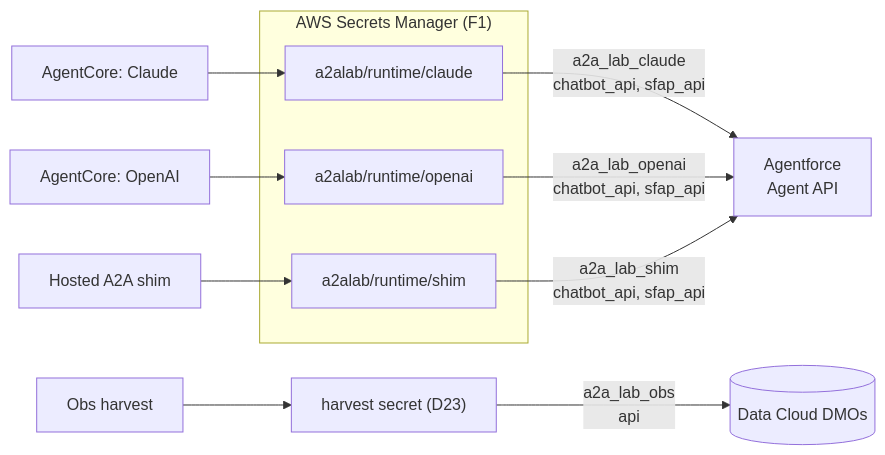
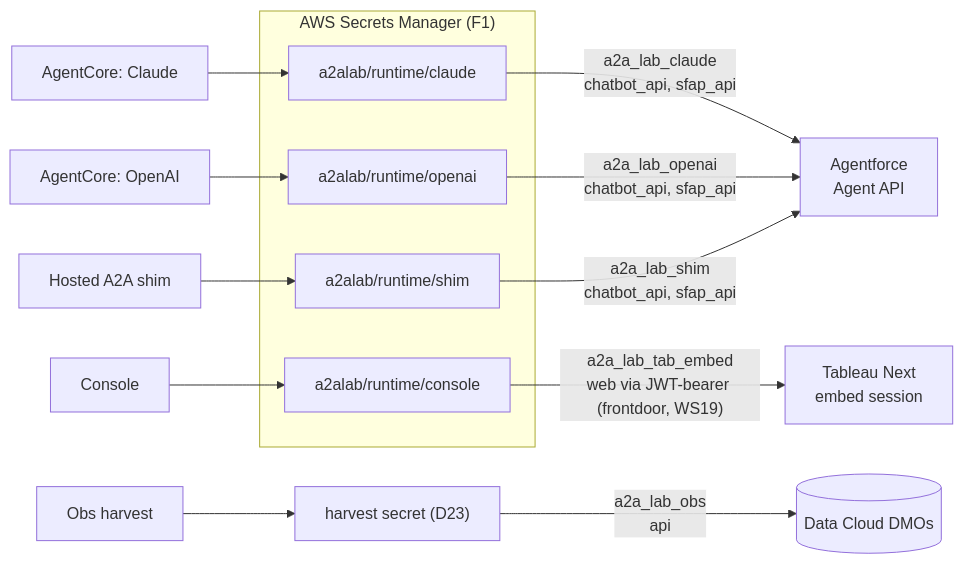
One commit to congmingwudi/a2a-lab changed the fourth of 4 diagrams in README.md. Above: the diagram before and after it, drawn with Mermaid. The commit also changed other lines of this file and 48 other files, not shown here.

First line of the commit message:
WS19: Data Cloud/Tableau Next observability + windowless trace lookup

````diff
--- a/README.md
+++ b/README.md
@@ -617,18 +617,21 @@
 ```mermaid
 flowchart LR
     subgraph sm["AWS Secrets Manager (F1)"]
         SC["a2alab/runtime/claude"]
         SO["a2alab/runtime/openai"]
         SS["a2alab/runtime/shim"]
+        SCON["a2alab/runtime/console"]
     end
 
     ACC["AgentCore: Claude"] --> SC
     ACO["AgentCore: OpenAI"] --> SO
     HSHIM["Hosted A2A shim"] --> SS
+    CON["Console"] --> SCON
     HARV["Obs harvest"] --> SH["harvest secret (D23)"]
 
     SC -- "a2a_lab_claude<br/>chatbot_api, sfap_api" --> AAPI["Agentforce<br/>Agent API"]
     SO -- "a2a_lab_openai<br/>chatbot_api, sfap_api" --> AAPI
     SS -- "a2a_lab_shim<br/>chatbot_api, sfap_api" --> AAPI
     SH -- "a2a_lab_obs<br/>api" --> DMO[("Data Cloud DMOs")]
+    SCON -- "a2a_lab_tab_embed<br/>web via JWT-bearer (frontdoor, WS19)" --> TAB["Tableau Next<br/>embed session"]
 ```
````
